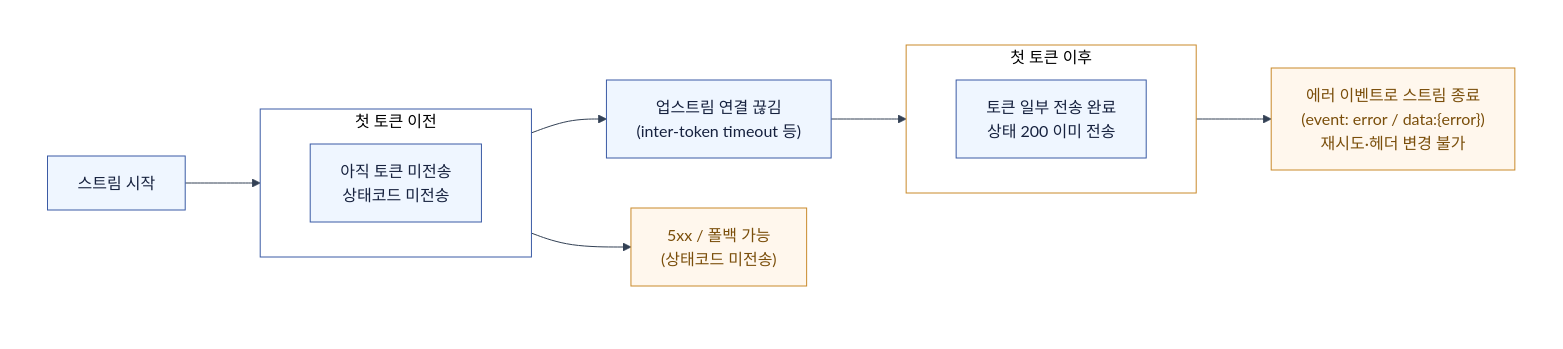
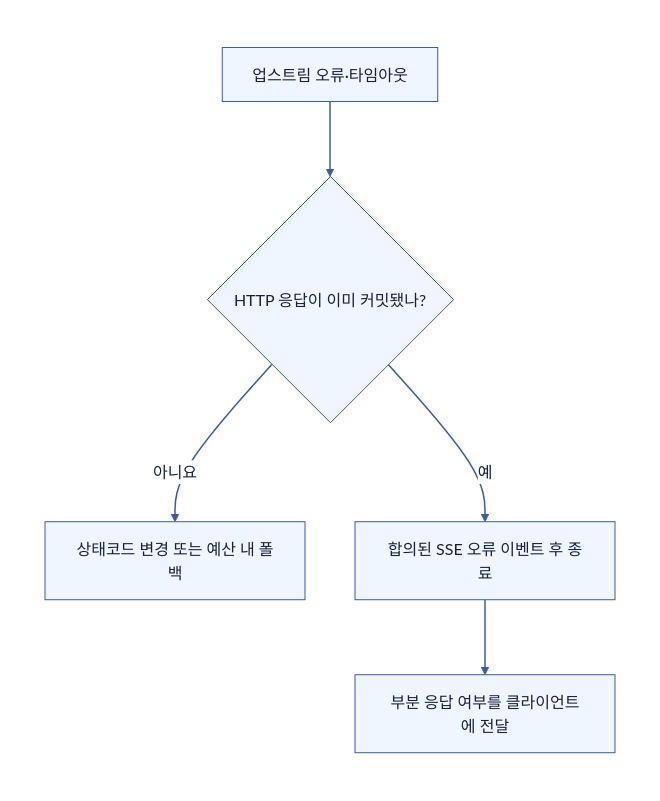
Before and after one commit to Hyune-s-lab/my-ai-study: the eighth of 8 diagrams in computer-science/2606-모의면접-timeout.md, drawn with Mermaid. The commit also changed other lines of this file and 28 other files, not shown here.

Commit message:
docs: Mermaid 호환성과 문서 가독성 개선

````diff
--- a/computer-science/2606-모의면접-timeout.md
+++ b/computer-science/2606-모의면접-timeout.md
@@ -492,46 +404,18 @@
 ```mermaid
----
-config:
-  theme: base
-  darkMode: false
-  themeVariables:
-    background: "#ffffff"
-    primaryColor: "#ffffff"
-    primaryTextColor: "#111827"
-    primaryBorderColor: "#475569"
-    lineColor: "#334155"
-    edgeLabelBackground: "#ffffff"
----
-flowchart LR
+flowchart TD
+%%{init: {"theme": "base", "darkMode": false, "themeVariables": {"background": "#ffffff", "primaryColor": "#EFF6FF", "primaryTextColor": "#16213E", "primaryBorderColor": "#3B5BA5", "secondaryColor": "#F0FDF4", "tertiaryColor": "#FAF5FF", "lineColor": "#3B5BA5", "textColor": "#16213E", "edgeLabelBackground": "#ffffff", "clusterBkg": "#F8FAFC", "clusterBorder": "#CBD5E1"}}}%%
   subgraph canvas[" "]
-    direction LR
-
-    stream_start["스트림 시작"]
-    subgraph before["첫 토큰 이전"]
-      direction LR
-      no_token["아직 토큰 미전송\n상태코드 미전송"]
-    end
-    subgraph after["첫 토큰 이후"]
-      direction LR
-      partial["토큰 일부 전송 완료\n상태 200 이미 전송"]
-    end
-    upstream_down["업스트림 연결 끊김\n(inter-token timeout 등)"]
-
-    stream_start --> before
-    before --> upstream_down
-    upstream_down --> after
-
-    before_fail["5xx / 폴백 가능\n(상태코드 미전송)"]
-    after_error["에러 이벤트로 스트림 종료\n(event: error / data:{error})\n재시도·헤더 변경 불가"]
-    before --> before_fail
-    after --> after_error
+    direction TD
+    error["업스트림 오류·타임아웃"] --> committed{"HTTP 응답이 이미 커밋됐나?"}
+    committed -->|"아니요"| before["상태코드 변경 또는 예산 내 폴백"]
+    committed -->|"예"| after["합의된 SSE 오류 이벤트 후 종료"]
+    after --> partial["부분 응답 여부를 클라이언트에 전달"]
   end
-
+  style canvas fill:#ffffff,stroke:#ffffff,color:#111827
+  linkStyle default stroke:#3B5BA5,stroke-width:1.5px
   classDef app fill:#EFF6FF,stroke:#3B5BA5,stroke-width:1px,color:#16213E
-  classDef ctrl fill:#FFF7ED,stroke:#C98A2B,stroke-width:1px,color:#7A4E0A
-  class stream_start,no_token,partial,upstream_down app
-  class before_fail,after_error ctrl
-  style before fill:#ffffff,stroke:#3B5BA5,stroke-width:1px
-  style after fill:#ffffff,stroke:#C98A2B,stroke-width:1px
-  style canvas fill:#ffffff,stroke:#ffffff,stroke-width:0px,color:#111827
+  class error,committed,before,after,partial app
+  classDef db fill:#F0FDF4,stroke:#3F8E55,stroke-width:1px,color:#16213E
+  classDef policy fill:#FAF5FF,stroke:#A855F7,stroke-width:1px,color:#16213E
+  classDef worker fill:#FFF7ED,stroke:#C98A2B,stroke-width:1px,color:#16213E
 ```
````
